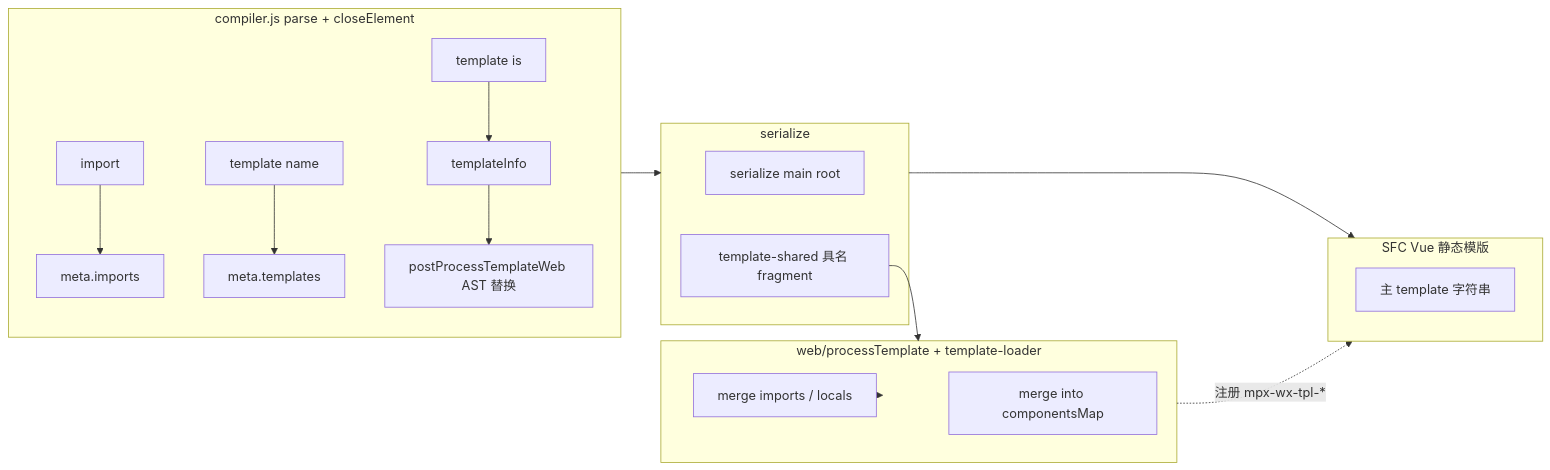
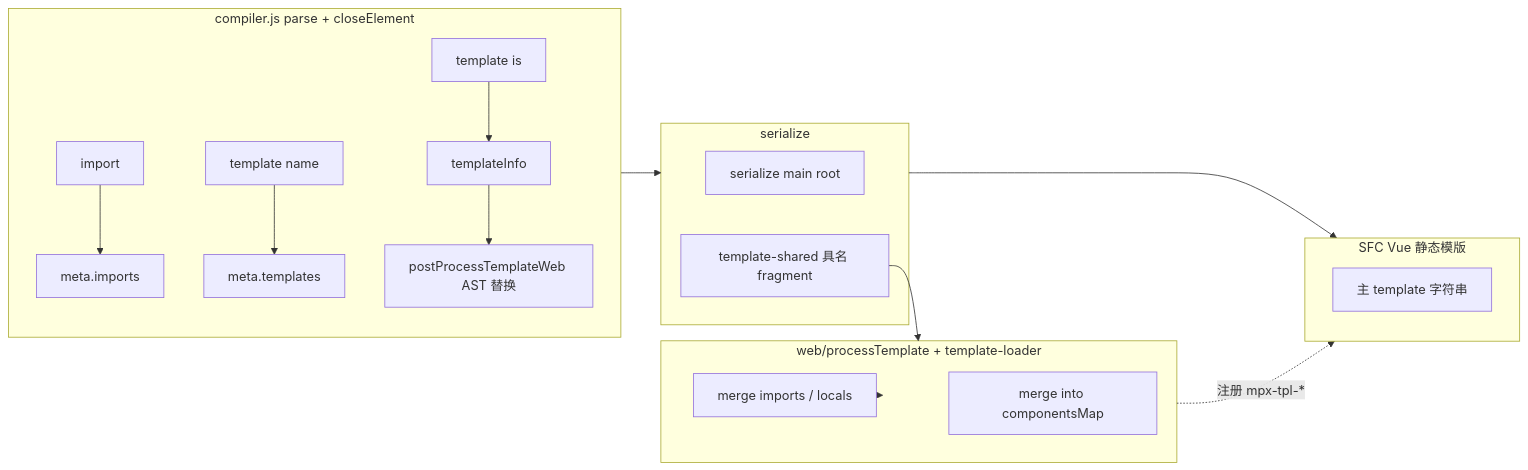
One commit to didi/mpx changed the diagram in solutions/web-template-support.md. Above: the diagram before and after it, drawn with Mermaid. The commit also changed other lines of this file and 24 other files, not shown here.

````diff
--- a/solutions/web-template-support.md
+++ b/solutions/web-template-support.md
@@ -62,25 +62,25 @@
 ```mermaid
 flowchart LR
   subgraph compiler [compiler.js parse + closeElement]
     A[import] --> M1[meta.imports]
     B[template name] --> M2[meta.templates]
     C[template is] --> M3[templateInfo]
     M3 --> R[postProcessTemplateWeb AST 替换]
   end
   subgraph serializePath [serialize]
     D[serialize main root]
     E[template-shared 具名 fragment]
   end
   subgraph aggregate [web/processTemplate + template-loader]
     F[merge imports / locals]
     G[merge into componentsMap]
   end
   subgraph sfc [SFC Vue 静态模版]
     H[主 template 字符串]
   end
   compiler --> serializePath
   serializePath --> sfc
   F --> aggregate
   E --> aggregate
-  aggregate -. 注册 mpx-wx-tpl-* .-> sfc
+  aggregate -. 注册 mpx-tpl-* .-> sfc
 ```
````
